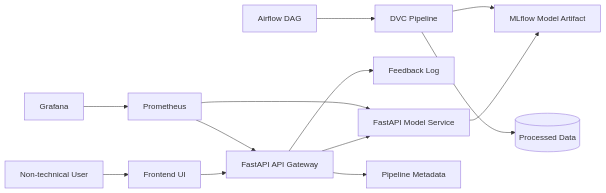
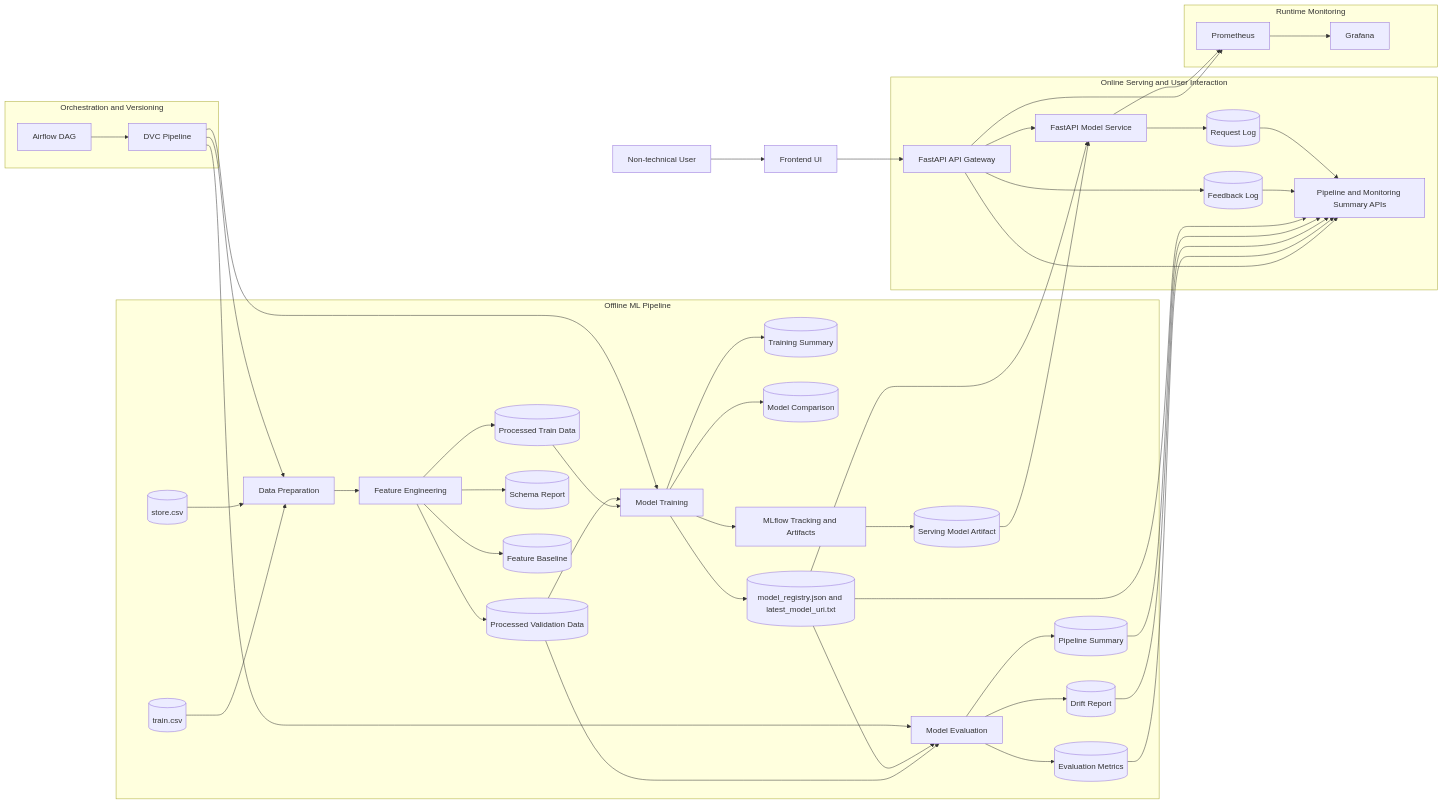
Before and after one commit to Rishika-28/DA5402-Project-Rishika-28: the diagram in docs/architecture.md, drawn with Mermaid. The commit also changed other lines of this file, not shown here.

Commit message:
Added architecture diagram

````diff
--- a/docs/architecture.md
+++ b/docs/architecture.md
@@ -3,15 +3,86 @@
 ```mermaid
 flowchart LR
     U[Non-technical User] --> F[Frontend UI]
-    F --> G[FastAPI API Gateway]
-    G --> M[FastAPI Model Service]
-    M --> R[MLflow Model Artifact]
-    G --> FB[Feedback Log]
-    P[DVC Pipeline] --> D[(Processed Data)]
-    P --> R
-    A[Airflow DAG] --> P
-    G --> S[Pipeline Metadata]
-    PR[Prometheus] --> G
-    PR --> M
-    GR[Grafana] --> PR
+
+    subgraph Offline_Pipeline[Offline ML Pipeline]
+        T1[(train.csv)]
+        T2[(store.csv)]
+        P1[Data Preparation]
+        P2[Feature Engineering]
+        P3[(Processed Train Data)]
+        P4[(Processed Validation Data)]
+        P5[Model Training]
+        P6[Model Evaluation]
+        P7[(Schema Report)]
+        P8[(Feature Baseline)]
+        P9[(Training Summary)]
+        P10[(Model Comparison)]
+        P11[(Evaluation Metrics)]
+        P12[(Drift Report)]
+        P13[(Pipeline Summary)]
+        MLF[MLflow Tracking and Artifacts]
+        REG[(model_registry.json and latest_model_uri.txt)]
+        SERV[(Serving Model Artifact)]
+
+        T1 --> P1
+        T2 --> P1
+        P1 --> P2
+        P2 --> P3
+        P2 --> P4
+        P2 --> P7
+        P2 --> P8
+        P3 --> P5
+        P4 --> P5
+        P5 --> P9
+        P5 --> P10
+        P5 --> MLF
+        MLF --> SERV
+        P5 --> REG
+        P4 --> P6
+        REG --> P6
+        P6 --> P11
+        P6 --> P12
+        P6 --> P13
+    end
+
+    subgraph Orchestration_and_Versioning[Orchestration and Versioning]
+        DVC[DVC Pipeline]
+        AF[Airflow DAG]
+    end
+
+    DVC --> P1
+    DVC --> P5
+    DVC --> P6
+    AF --> DVC
+
+    subgraph Online_Serving[Online Serving and User Interaction]
+        G[FastAPI API Gateway]
+        M[FastAPI Model Service]
+        FB[(Feedback Log)]
+        RL[(Request Log)]
+        META[Pipeline and Monitoring Summary APIs]
+    end
+
+    F --> G
+    G --> M
+    SERV --> M
+    REG --> M
+    G --> FB
+    M --> RL
+    G --> META
+    P11 --> META
+    P12 --> META
+    P13 --> META
+    REG --> META
+
+    subgraph Monitoring[Runtime Monitoring]
+        PR[Prometheus]
+        GR[Grafana]
+    end
+
+    G --> PR
+    M --> PR
+    FB --> META
+    RL --> META
+    PR --> GR
 ```
````
